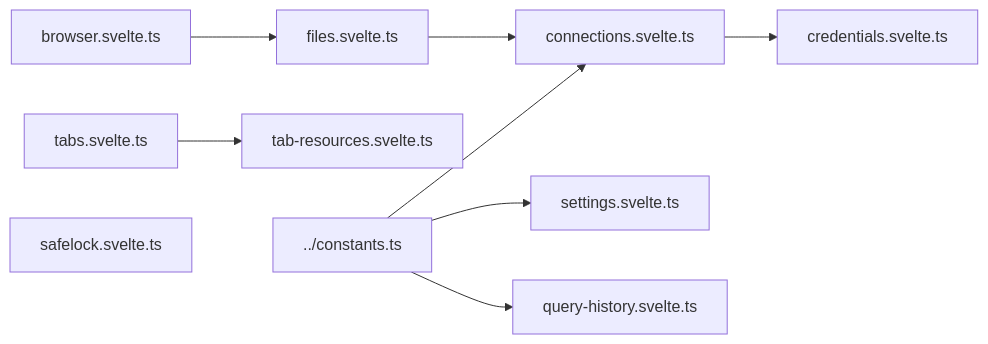
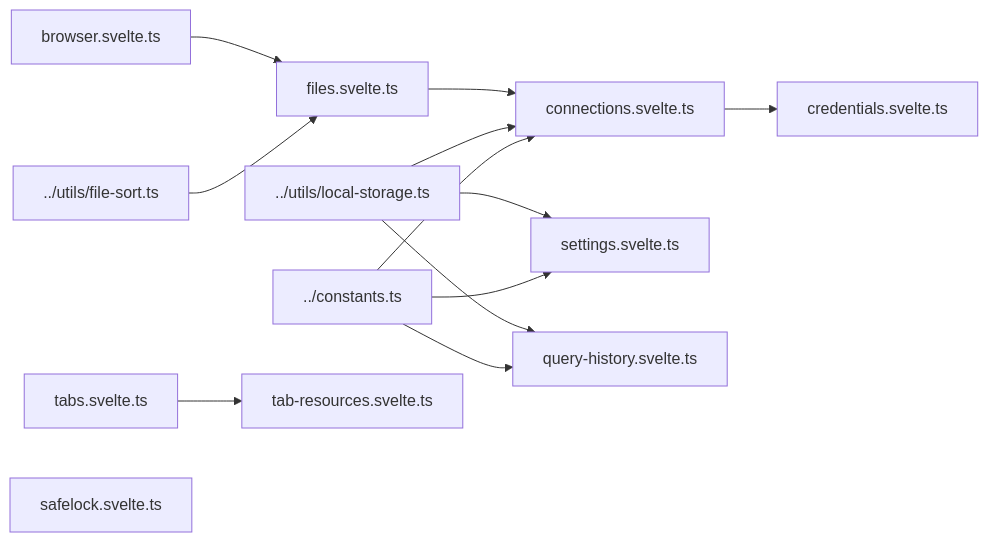
Before and after one commit to walkthru-earth/objex: the diagram in src/lib/stores/CLAUDE.md, drawn with Mermaid. The commit also changed other lines of this file and 18 other files, not shown here.

````diff
--- a/src/lib/stores/CLAUDE.md
+++ b/src/lib/stores/CLAUDE.md
@@ -5,11 +5,13 @@
 ```mermaid
 graph LR
     CONST[../constants.ts] --> CONN & SET & QH
+    LS[../utils/local-storage.ts] --> CONN & SET & QH
+    FSORT[../utils/file-sort.ts] --> FILES
     CONN[connections.svelte.ts] --> CRED[credentials.svelte.ts]
     TABS[tabs.svelte.ts] --> TR[tab-resources.svelte.ts]
     FILES[files.svelte.ts] --> CONN
     BR[browser.svelte.ts] --> FILES
     SET[settings.svelte.ts]
     QH[query-history.svelte.ts]
     SL[safelock.svelte.ts]
 ```
````
